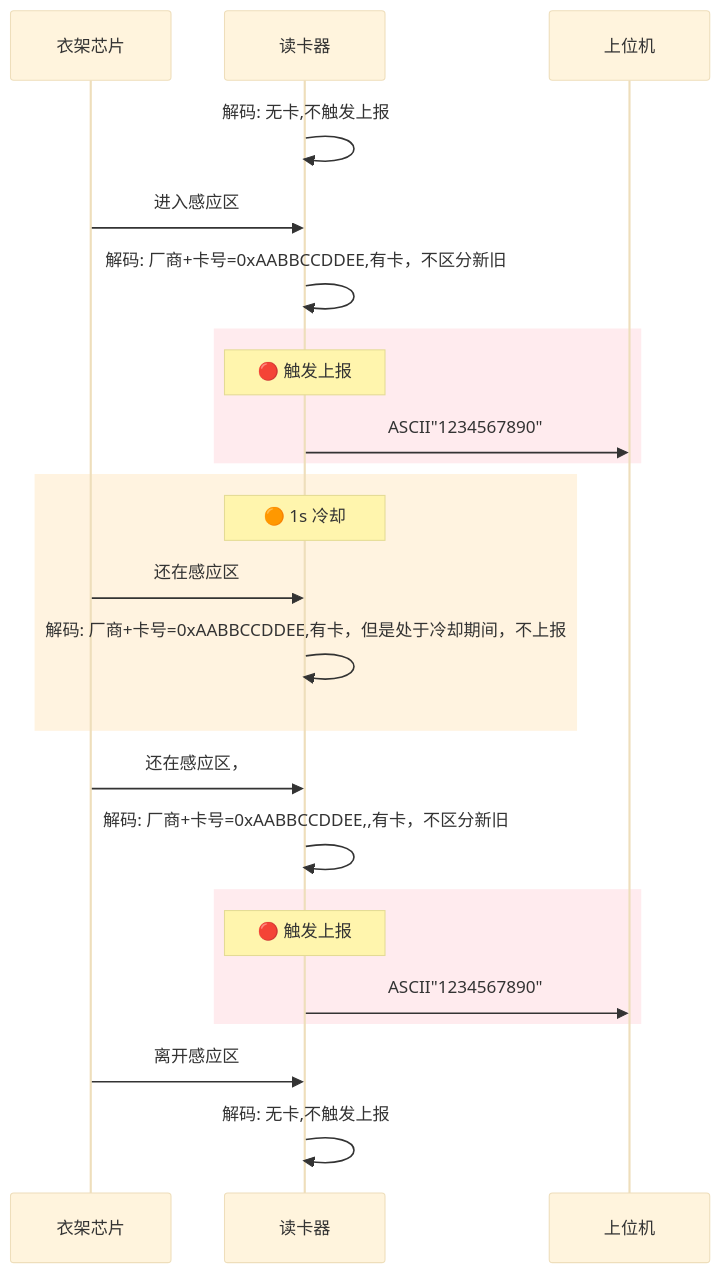
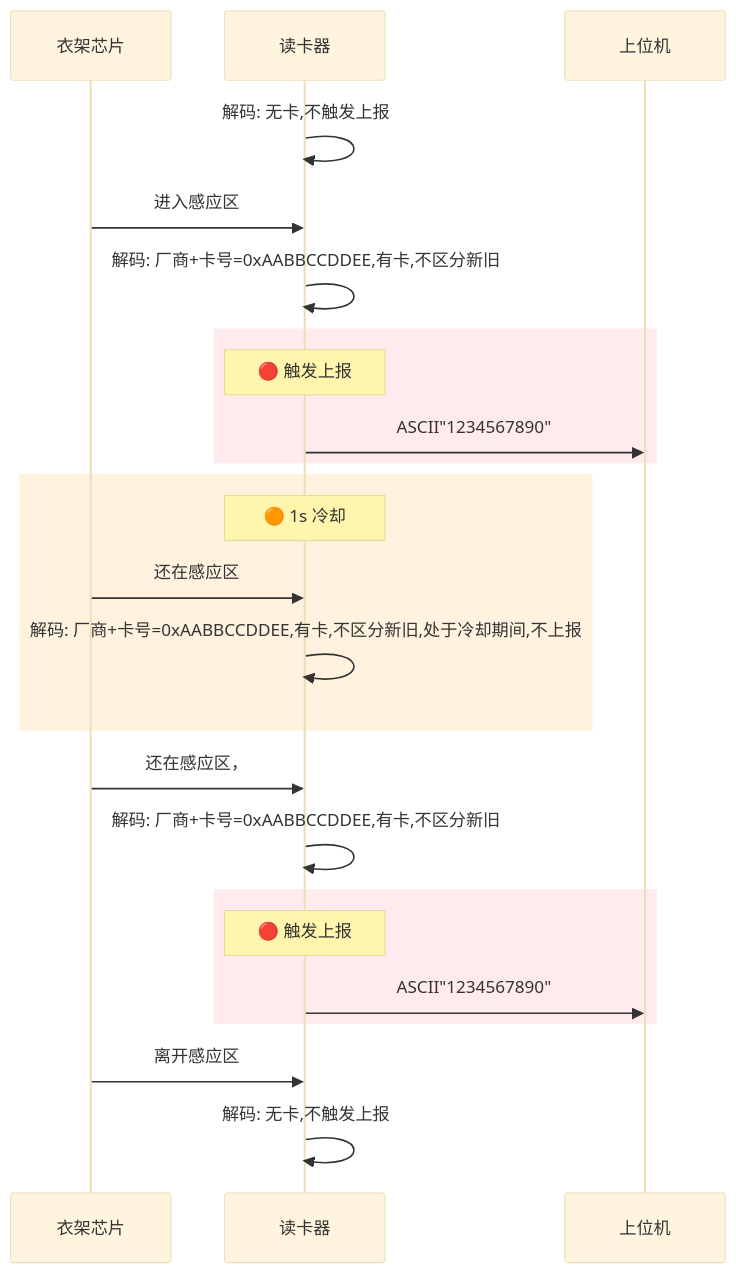
Before and after one commit to Siaiai/ObsidianNote: the fifth of 5 diagrams in 工作/[[SR3读卡器]]/260804SR3新框架整理.md, drawn with Mermaid (base theme). The commit also changed other lines of this file, not shown here.

````diff
--- a/工作/[[SR3读卡器]]/260804SR3新框架整理.md
+++ b/工作/[[SR3读卡器]]/260804SR3新框架整理.md
@@ -177,31 +204,31 @@
 ```mermaid
 sequenceDiagram
     participant 衣架芯片
     participant 读卡器
     participant 上位机
 
     读卡器->>读卡器: 解码: 无卡,不触发上报
     衣架芯片->>读卡器: 进入感应区
-    读卡器->>读卡器: 解码: 厂商+卡号=0xAABBCCDDEE,有卡，不区分新旧
+    读卡器->>读卡器: 解码: 厂商+卡号=0xAABBCCDDEE,有卡,不区分新旧
 
     rect rgb(255, 235, 238)
         Note over 读卡器: 🔴 触发上报
         读卡器->>上位机: ASCII"1234567890"
     end
     rect rgb(255, 243, 224)
         Note over 读卡器: 🟠 1s 冷却
         衣架芯片->>读卡器: 还在感应区
-	    读卡器->>读卡器: 解码: 厂商+卡号=0xAABBCCDDEE,有卡，但是处于冷却期间，不上报
+	    读卡器->>读卡器: 解码: 厂商+卡号=0xAABBCCDDEE,有卡,不区分新旧,处于冷却期间,不上报
     end
         衣架芯片->>读卡器: 还在感应区，
-	    读卡器->>读卡器: 解码: 厂商+卡号=0xAABBCCDDEE,,有卡，不区分新旧
+	    读卡器->>读卡器: 解码: 厂商+卡号=0xAABBCCDDEE,有卡,不区分新旧
     rect rgb(255, 235, 238)
         Note over 读卡器: 🔴 触发上报
         读卡器->>上位机: ASCII"1234567890"
     end
 	
     衣架芯片->>读卡器: 离开感应区
     读卡器->>读卡器: 解码: 无卡,不触发上报
     
     
 ```
````
